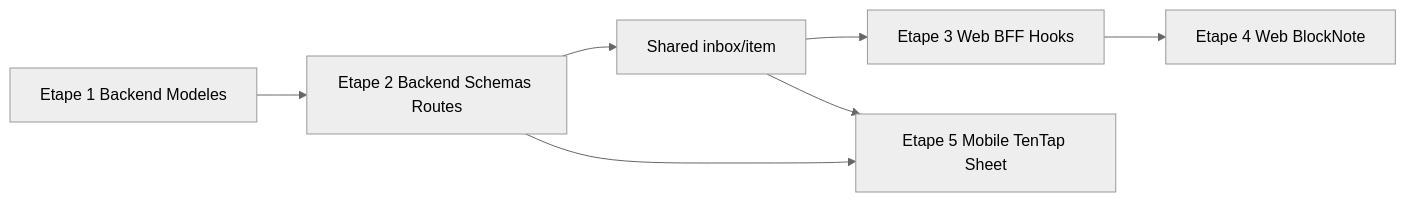
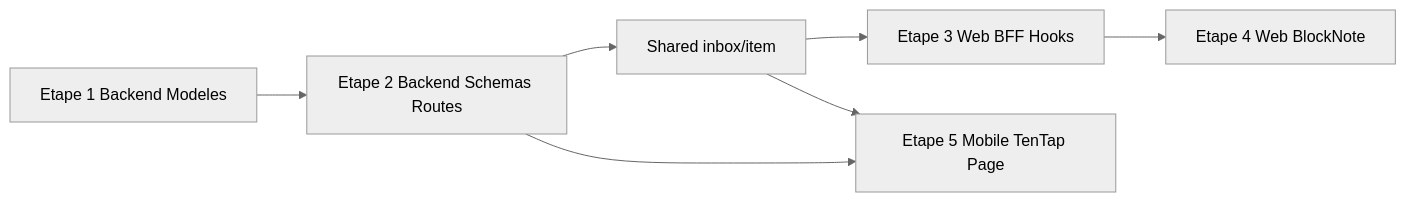
One commit to Nadrew-pgr/Momentarise changed the diagram in .cursor/plans/slice_2_inbox_vue_détail_a69cb3fe.plan.md. Above: the diagram before and after it, drawn with Mermaid (neutral theme). The commit also changed other lines of this file and 41 other files, not shown here.

````diff
--- a/.cursor/plans/slice_2_inbox_vue_détail_a69cb3fe.plan.md
+++ b/.cursor/plans/slice_2_inbox_vue_détail_a69cb3fe.plan.md
@@ -160,9 +164,9 @@
 ```mermaid
 flowchart LR
   A[Etape 1 Backend Modeles] --> B[Etape 2 Backend Schemas Routes]
   B --> C[Shared inbox/item]
   C --> D[Etape 3 Web BFF Hooks]
   D --> E[Etape 4 Web BlockNote]
-  B --> F[Etape 5 Mobile TenTap Sheet]
+  B --> F[Etape 5 Mobile TenTap Page]
   C --> F
 ```
````
